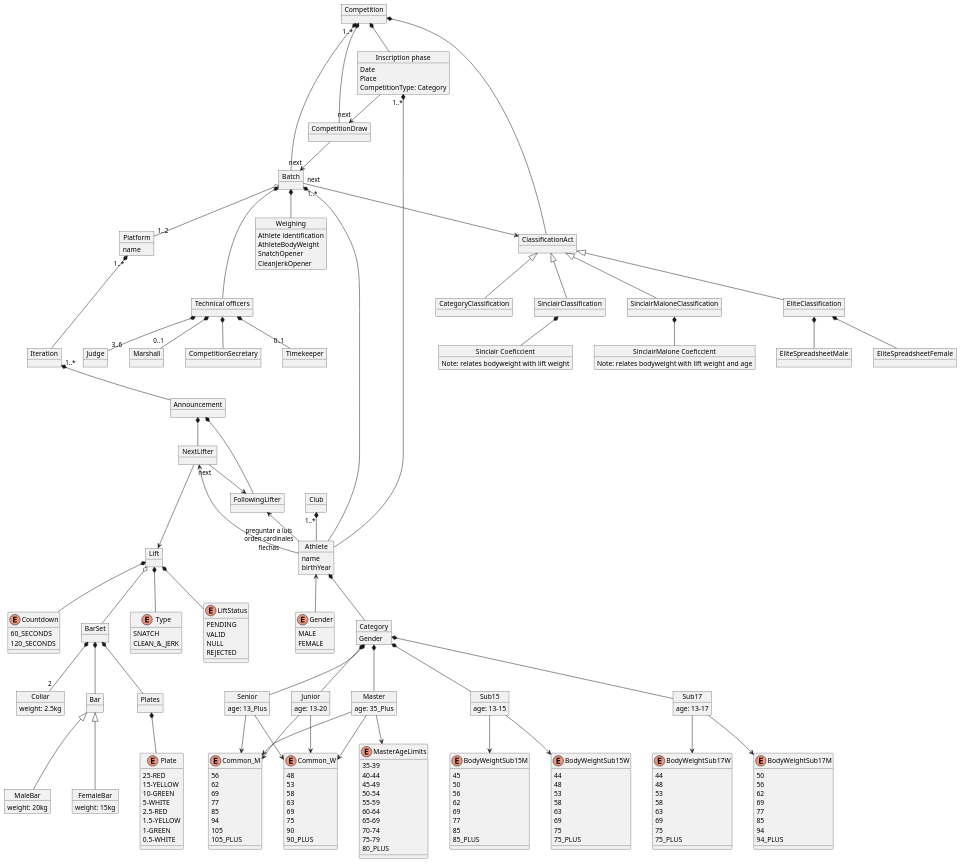
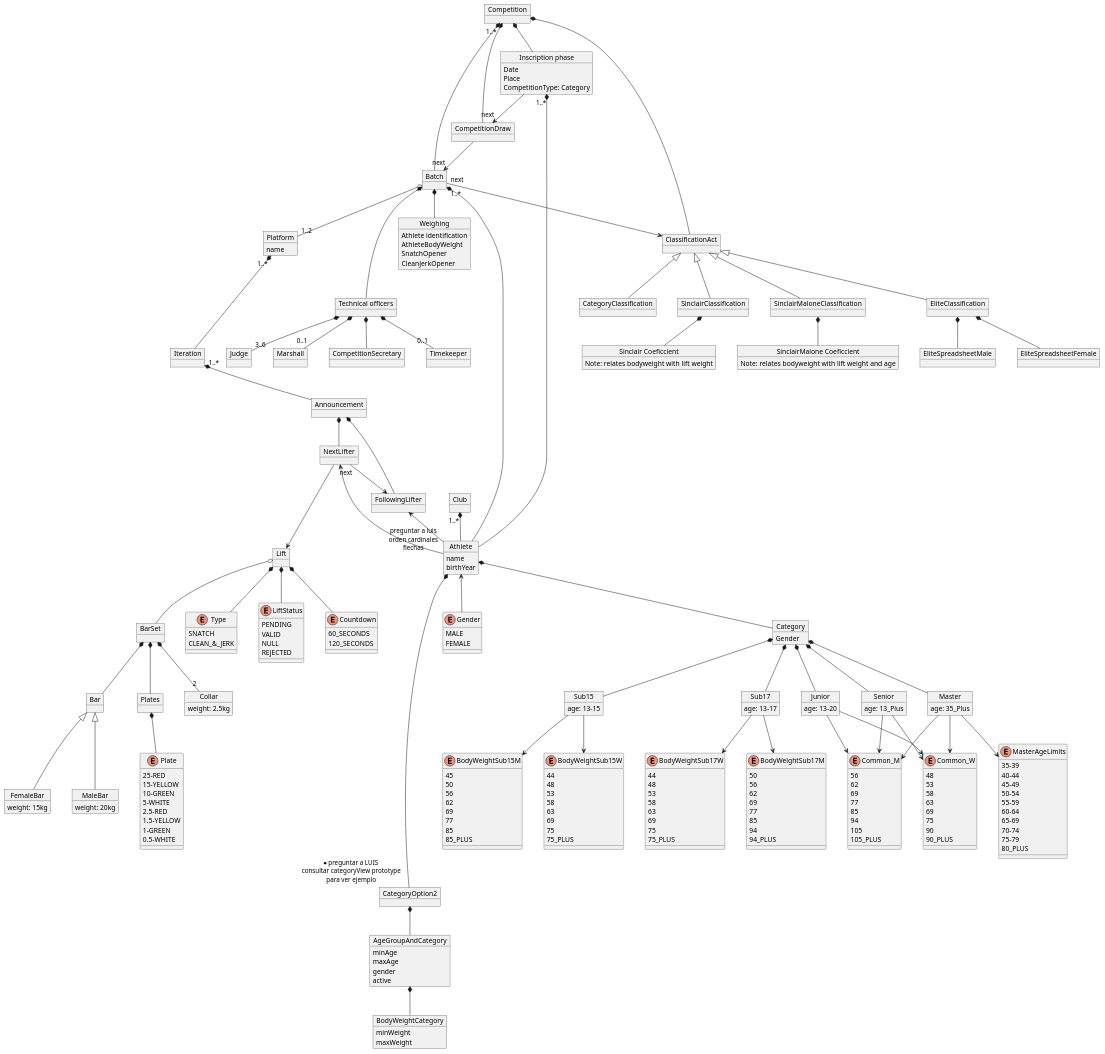
The diagram in diagrams/modelDomain/competitionDomainModel.puml (zuldare/mastercloud_pfm_halterocms), drawn with PlantUML before and after one commit. The commit also changed 4 other files, not shown here.

```diff
--- a/diagrams/modelDomain/competitionDomainModel.puml
+++ b/diagrams/modelDomain/competitionDomainModel.puml
@@ -280,4 +280,19 @@
 Athlete *-- Category
 
 
+object CategoryOption2
+object AgeGroupAndCategory {
+  minAge
+  maxAge
+  gender
+  active
+}
+object BodyWeightCategory {
+  minWeight
+  maxWeight
+}
+
+Athlete *----- "*preguntar a LUIS\n consultar categoryView prototype\n para ver ejemplo" CategoryOption2
+CategoryOption2 *-- AgeGroupAndCategory
+AgeGroupAndCategory *-- BodyWeightCategory
 @enduml
```
